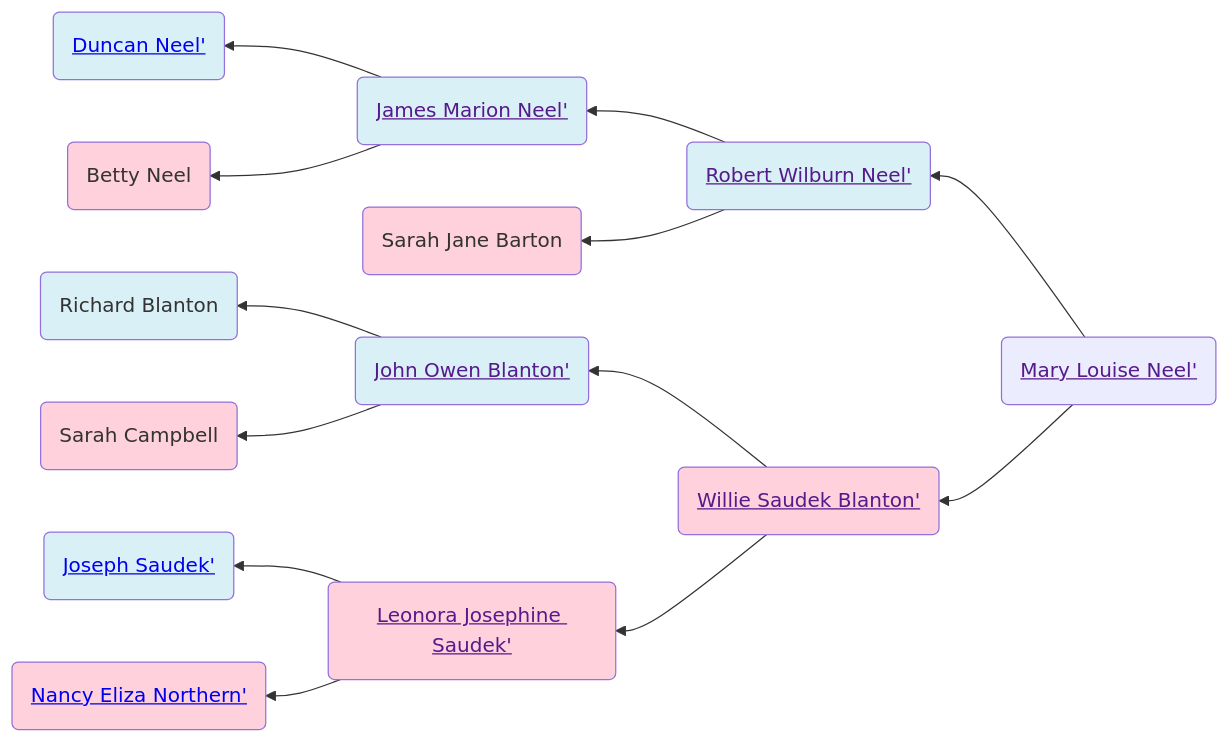
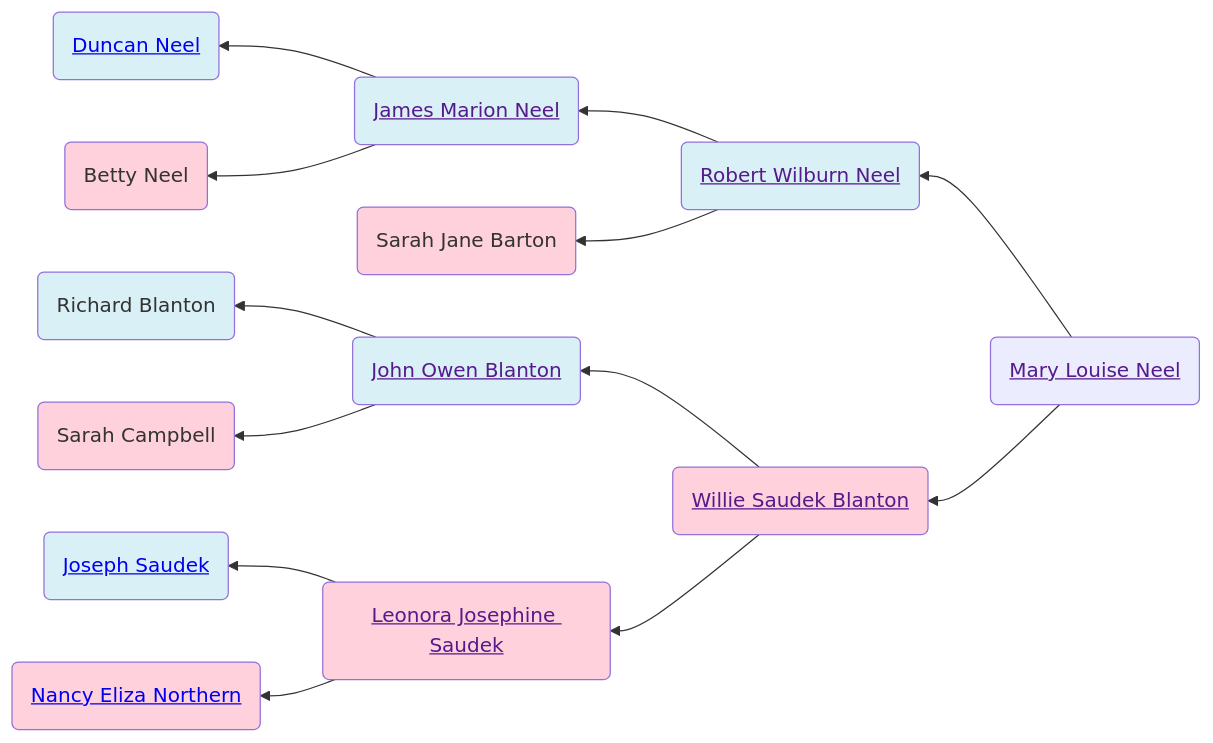
Before and after one commit to neelsmith/avocational: the first of 2 diagrams in familyhistory/sources/people/Neel-line/Mary_Louise_Neel.qmd, drawn with Mermaid. The commit also changed other lines of this file and 96 other files, not shown here.

````diff
--- a/familyhistory/sources/people/Neel-line/Mary_Louise_Neel.qmd
+++ b/familyhistory/sources/people/Neel-line/Mary_Louise_Neel.qmd
@@ -26,32 +26,32 @@
 ```{mermaid}
 graph RL
 %% RL ancestor diagram
-Mary_Louise_Neel(<a href=''>Mary Louise Neel'</>) -->  Robert_Wilburn_Neel(<a href='./Robert_Wilburn_Neel.html'>Robert Wilburn Neel'</>)
-Robert_Wilburn_Neel(<a href=''>Robert Wilburn Neel'</>) -->  James_Marion_Neel(<a href='./James_Marion_Neel.html'>James Marion Neel'</>)
-James_Marion_Neel(<a href=''>James Marion Neel'</>) -->  Duncan_Neel(<a href='./Duncan_Neel.html'>Duncan Neel'</>)
+Mary_Louise_Neel(<a href=''>Mary Louise Neel</a>) -->  Robert_Wilburn_Neel(<a href='./Robert_Wilburn_Neel.html'>Robert Wilburn Neel</a>)
+Robert_Wilburn_Neel(<a href=''>Robert Wilburn Neel</a>) -->  James_Marion_Neel(<a href='./James_Marion_Neel.html'>James Marion Neel</a>)
+James_Marion_Neel(<a href=''>James Marion Neel</a>) -->  Duncan_Neel(<a href='./Duncan_Neel.html'>Duncan Neel</a>)
 class Duncan_Neel father
-James_Marion_Neel(<a href=''>James Marion Neel'</>)  --> Betty_Neel(Betty Neel)
+James_Marion_Neel(<a href=''>James Marion Neel</a>)  --> Betty_Neel(Betty Neel)
 class Betty_Neel mother
 class James_Marion_Neel father
-Robert_Wilburn_Neel(<a href=''>Robert Wilburn Neel'</>)  --> _Sarah_Jane_Barton( Sarah Jane Barton)
+Robert_Wilburn_Neel(<a href=''>Robert Wilburn Neel</a>)  --> _Sarah_Jane_Barton( Sarah Jane Barton)
 class _Sarah_Jane_Barton mother
 class Robert_Wilburn_Neel father
-Mary_Louise_Neel(<a href=''>Mary Louise Neel'</>)  --> Willie_Saudek_Blanton(<a href='./Blanton-line/Willie_Saudek_Blanton.html'>Willie Saudek Blanton'</>)
-Willie_Saudek_Blanton(<a href=''>Willie Saudek Blanton'</>) -->  John_Owen_Blanton(<a href='./John_Owen_Blanton.html'>John Owen Blanton'</>)
-John_Owen_Blanton(<a href=''>John Owen Blanton'</>) -->  Richard_Blanton(Richard Blanton)
+Mary_Louise_Neel(<a href=''>Mary Louise Neel</a>)  --> Willie_Saudek_Blanton(<a href='./Blanton-line/Willie_Saudek_Blanton.html'>Willie Saudek Blanton</a>)
+Willie_Saudek_Blanton(<a href=''>Willie Saudek Blanton</a>) -->  John_Owen_Blanton(<a href='./John_Owen_Blanton.html'>John Owen Blanton</a>)
+John_Owen_Blanton(<a href=''>John Owen Blanton</a>) -->  Richard_Blanton(Richard Blanton)
 class Richard_Blanton father
-John_Owen_Blanton(<a href=''>John Owen Blanton'</>)  --> Sarah_Campbell(Sarah Campbell)
+John_Owen_Blanton(<a href=''>John Owen Blanton</a>)  --> Sarah_Campbell(Sarah Campbell)
 class Sarah_Campbell mother
 class John_Owen_Blanton father
-Willie_Saudek_Blanton(<a href=''>Willie Saudek Blanton'</>)  --> Leonora_Josephine_Saudek(<a href='./Saudek-line/Leonora_Josephine_Saudek.html'>Leonora Josephine Saudek'</>)
-Leonora_Josephine_Saudek(<a href=''>Leonora Josephine Saudek'</>) -->  Joseph_Saudek(<a href='./Joseph_Saudek.html'>Joseph Saudek'</>)
+Willie_Saudek_Blanton(<a href=''>Willie Saudek Blanton</a>)  --> Leonora_Josephine_Saudek(<a href='./Saudek-line/Leonora_Josephine_Saudek.html'>Leonora Josephine Saudek</a>)
+Leonora_Josephine_Saudek(<a href=''>Leonora Josephine Saudek</a>) -->  Joseph_Saudek(<a href='./Joseph_Saudek.html'>Joseph Saudek</a>)
 class Joseph_Saudek father
-Leonora_Josephine_Saudek(<a href=''>Leonora Josephine Saudek'</>)  --> Nancy_Eliza_Northern(<a href='./Northern-line/Nancy_Eliza_Northern.html'>Nancy Eliza Northern'</>)
+Leonora_Josephine_Saudek(<a href=''>Leonora Josephine Saudek</a>)  --> Nancy_Eliza_Northern(<a href='./Northern-line/Nancy_Eliza_Northern.html'>Nancy Eliza Northern</a>)
 class Nancy_Eliza_Northern mother
 class Leonora_Josephine_Saudek mother
 class Willie_Saudek_Blanton mother
 classDef mother fill:#ffd1dc
 classDef father fill:#daf0f7  
 classDef marriage fill:#ffffff
 
 ```
````
